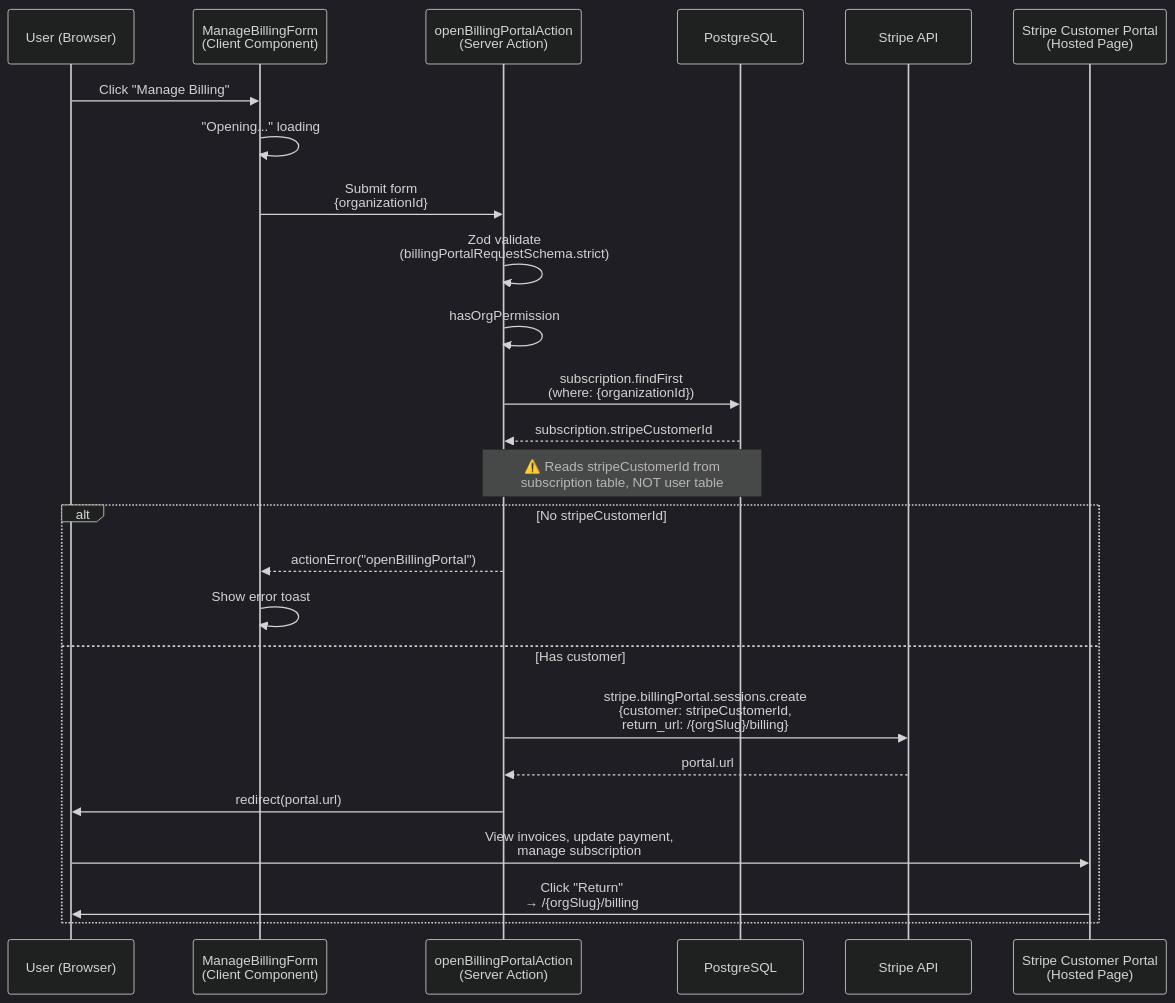
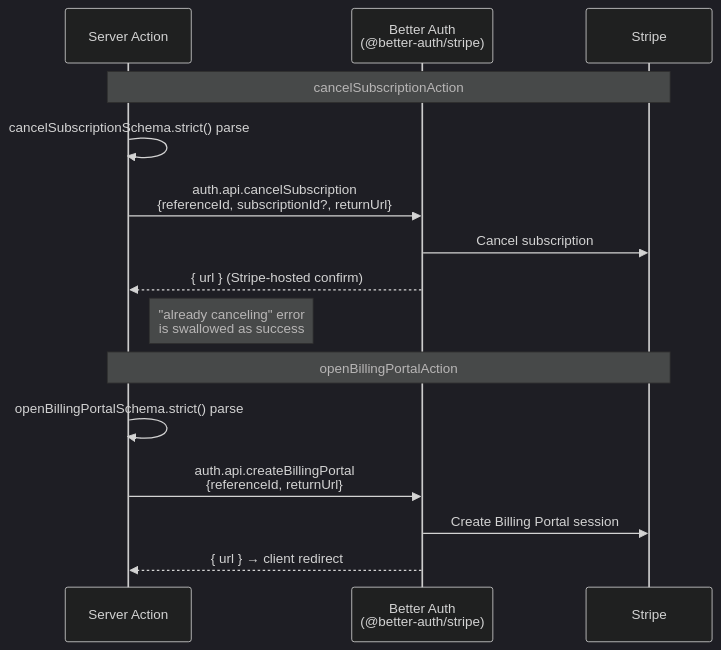
Before and after one commit to saasprokit-com/saasprokit: the fifth of 6 diagrams in apps/web/e2e/payment/manual-test-cases.md, drawn with Mermaid (dark theme). The commit also changed other lines of this file and 1 other file, not shown here.

First line of the commit message:
docs(billing): refresh billing skill and payment e2e test-case notes

````diff
--- a/apps/web/e2e/payment/manual-test-cases.md
+++ b/apps/web/e2e/payment/manual-test-cases.md
@@ -326,33 +199,19 @@
 ```mermaid
 sequenceDiagram
-    participant U as User (Browser)
-    participant MF as ManageBillingForm<br/>(Client Component)
-    participant SA as openBillingPortalAction<br/>(Server Action)
-    participant DB as PostgreSQL
-    participant S as Stripe API
-    participant SP as Stripe Customer Portal<br/>(Hosted Page)
+    participant SA as Server Action
+    participant BA as Better Auth<br/>(@better-auth/stripe)
+    participant S as Stripe
 
-    U->>MF: Click "Manage Billing"
-    MF->>MF: "Opening..." loading
+    Note over SA,S: cancelSubscriptionAction
+    SA->>SA: cancelSubscriptionSchema.strict() parse
+    SA->>BA: auth.api.cancelSubscription<br/>{referenceId, subscriptionId?, returnUrl}
+    BA->>S: Cancel subscription
+    BA-->>SA: { url } (Stripe-hosted confirm)
+    Note right of SA: "already canceling" error<br/>is swallowed as success
 
-    MF->>SA: Submit form<br/>{organizationId}
-    SA->>SA: Zod validate<br/>(billingPortalRequestSchema.strict)
-    SA->>SA: hasOrgPermission
-
-    SA->>DB: subscription.findFirst<br/>(where: {organizationId})
-    DB-->>SA: subscription.stripeCustomerId
-
-    Note over SA,DB: ⚠️ Reads stripeCustomerId from<br/>subscription table, NOT user table
-
-    alt No stripeCustomerId
-        SA-->>MF: actionError("openBillingPortal")
-        MF->>MF: Show error toast
-    else Has customer
-        SA->>S: stripe.billingPortal.sessions.create<br/>{customer: stripeCustomerId,<br/>return_url: /{orgSlug}/billing}
-        S-->>SA: portal.url
-
-        SA->>U: redirect(portal.url)
-        U->>SP: View invoices, update payment,<br/>manage subscription
-        SP->>U: Click "Return"<br/>→ /{orgSlug}/billing
-    end
+    Note over SA,S: openBillingPortalAction
+    SA->>SA: openBillingPortalSchema.strict() parse
+    SA->>BA: auth.api.createBillingPortal<br/>{referenceId, returnUrl}
+    BA->>S: Create Billing Portal session
+    BA-->>SA: { url } → client redirect
 ```
````
